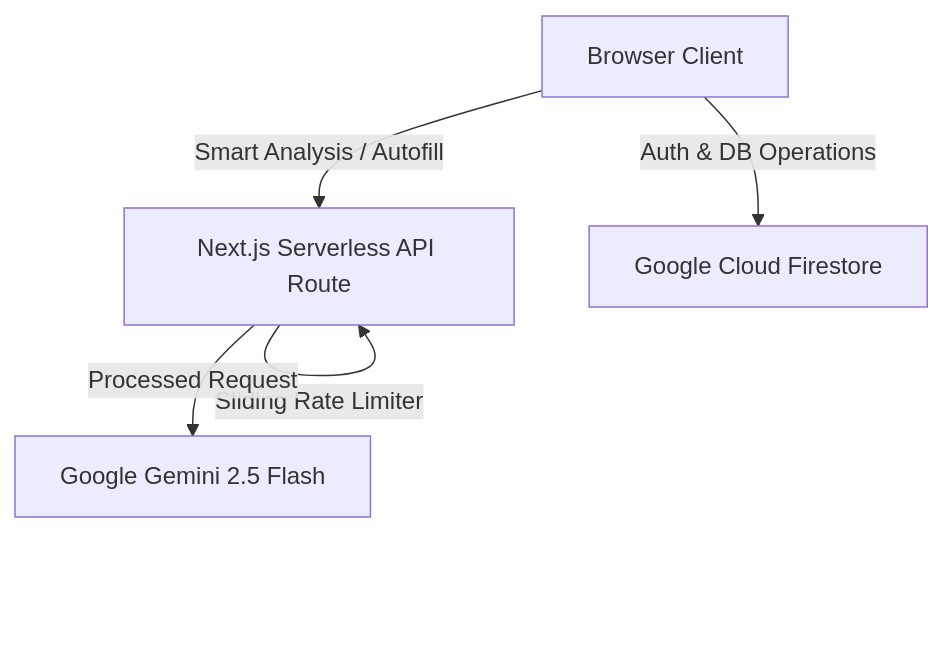
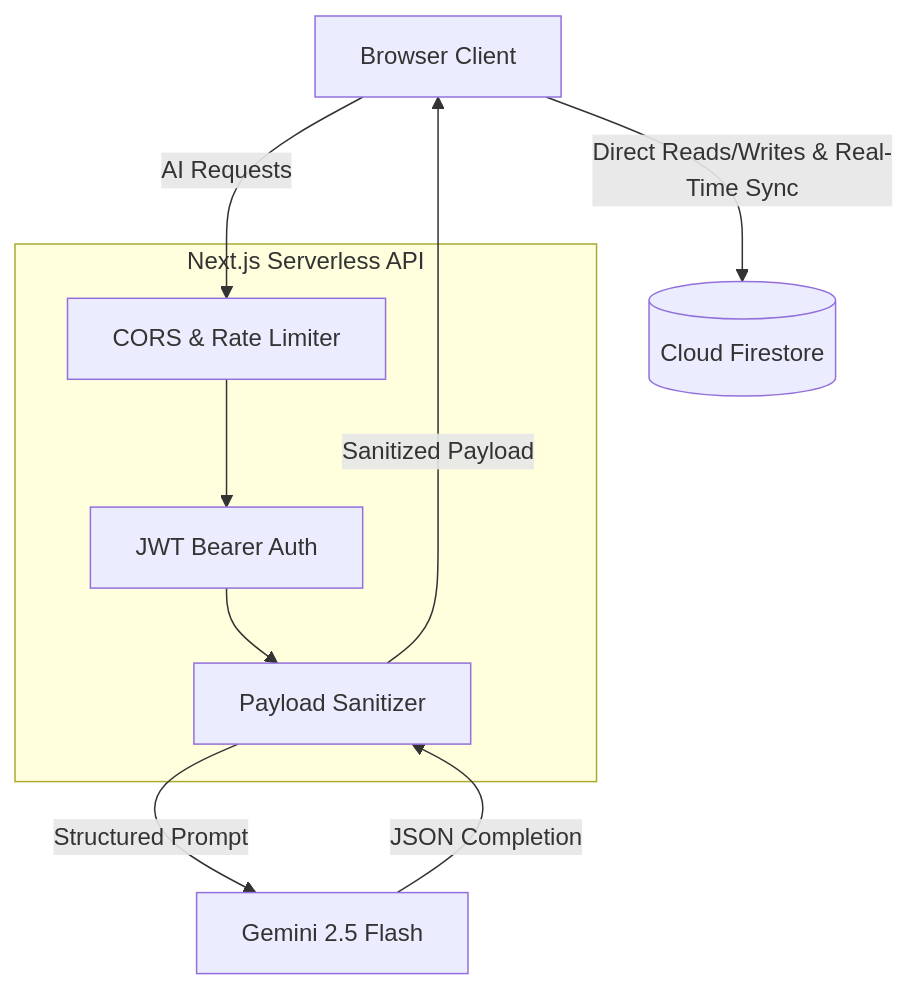
The first of 2 diagrams in README.md (tanish-jain-225/Department-Ledger-Portal), drawn with Mermaid before and after one commit. The commit also changed other lines of this file and 5 other files, not shown here.

````diff
--- a/README.md
+++ b/README.md
@@ -72,14 +72,19 @@
 ```mermaid
-graph TD
+flowchart TD
     Client[Browser Client]
-    NextServer[Next.js Serverless API Route]
-    Firestore[Google Cloud Firestore]
-    Gemini[Google Gemini 2.5 Flash]
+    subgraph Edge["Next.js Serverless API"]
+        CORS[CORS & Rate Limiter]
+        JWT[JWT Bearer Auth]
+        Handler[Payload Sanitizer]
+    end
+    Firestore[(Cloud Firestore)]
+    Gemini[Gemini 2.5 Flash]
 
-    Client -- Auth & DB Operations --> Firestore
-    Client -- Smart Analysis / Autofill --> NextServer
-    NextServer -- Gated CORS Checks --> NextServer
-    NextServer -- Cryptographic JWT Signature check --> NextServer
-    NextServer -- Sliding Rate Limiter --> NextServer
-    NextServer -- Processed Request --> Gemini
+    Client -->|Direct Reads/Writes & Real-Time Sync| Firestore
+    Client -->|AI Requests| CORS
+    CORS --> JWT
+    JWT --> Handler
+    Handler -->|Structured Prompt| Gemini
+    Gemini -->|JSON Completion| Handler
+    Handler -->|Sanitized Payload| Client
 ```
````
